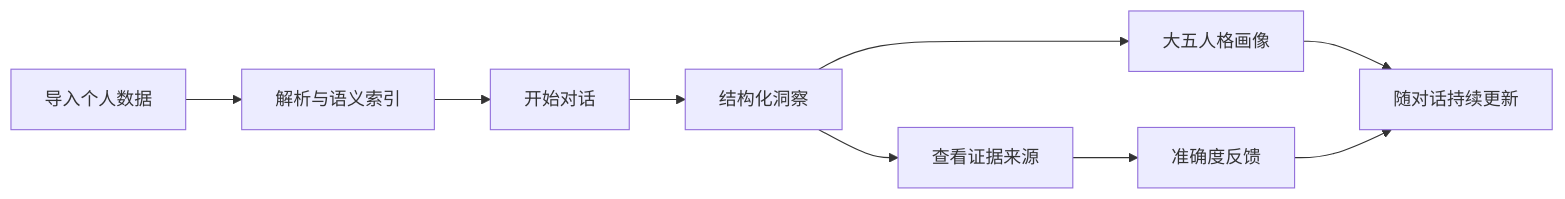
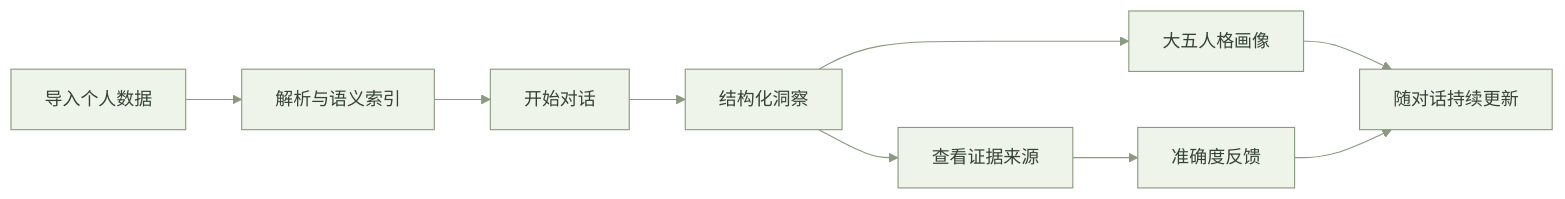
One commit to HaeMarcus/MindMirror changed the first of 2 diagrams in README.md. Above: the diagram before and after it, drawn with Mermaid. The commit also changed other lines of this file and 2 other files, not shown here.

````diff
--- a/README.md
+++ b/README.md
@@ -40,11 +50,12 @@
 ```mermaid
+%%{init: {"theme": "base", "themeVariables": {"background": "#f7faf5", "primaryColor": "#eef4ea", "primaryTextColor": "#344238", "primaryBorderColor": "#8a9a7e", "lineColor": "#8a9a7e", "secondaryColor": "#fff7ed", "tertiaryColor": "#ffffff", "fontFamily": "Arial, sans-serif"}}}%%
 flowchart LR
     A[导入个人数据] --> B[解析与语义索引]
     B --> C[开始对话]
     C --> D[结构化洞察]
     D --> E[查看证据来源]
     D --> F[大五人格画像]
     E --> G[准确度反馈]
     F --> H[随对话持续更新]
     G --> H
 ```
````
